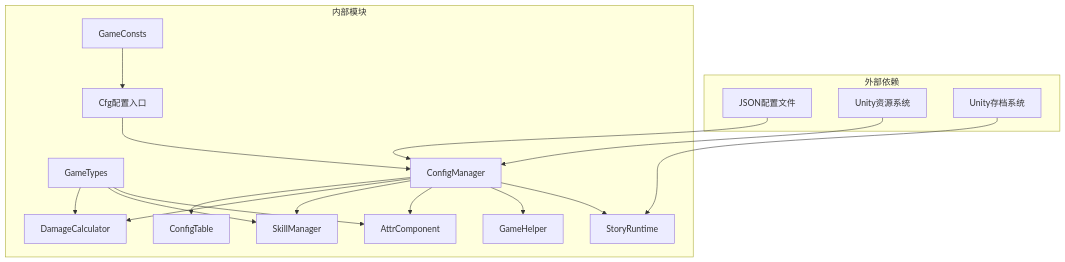
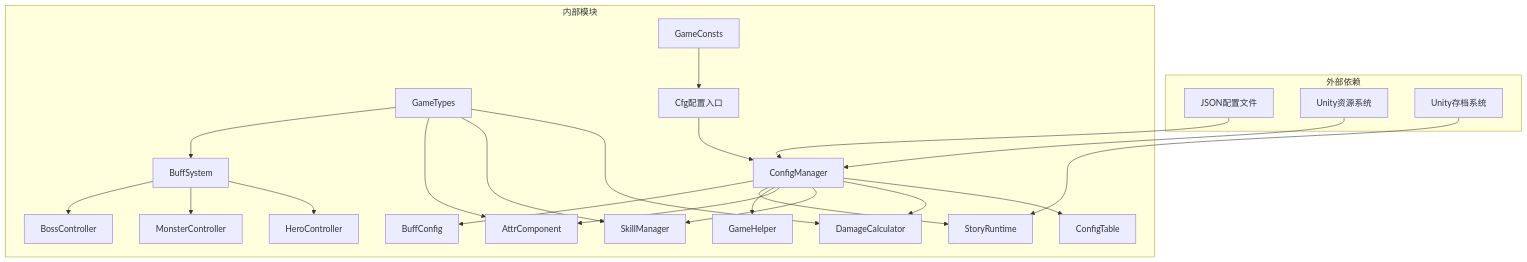
Diagram 14 of 14 in .qoder/repowiki/zh/content/核心架构/游戏常量与类型.md (Tuusen/p1_client), drawn with Mermaid before and after one commit. The commit also changed other lines of this file and 29 other files, not shown here.

````diff
--- a/.qoder/repowiki/zh/content/核心架构/游戏常量与类型.md
+++ b/.qoder/repowiki/zh/content/核心架构/游戏常量与类型.md
@@ -510,34 +593,44 @@
 ```mermaid
 graph TB
 subgraph "外部依赖"
 JSON[JSON配置文件]
 Resources[Unity资源系统]
 PlayerPrefs[Unity存档系统]
 end
 subgraph "内部模块"
 GC[GameConsts]
 GT[GameTypes]
 CFG[Cfg配置入口]
 CM[ConfigManager]
 CT[ConfigTable]
 DC[DamageCalculator]
 SM[SkillManager]
 AC[AttrComponent]
 GH[GameHelper]
 SR[StoryRuntime]
+BS[BuffSystem]
+HC[HeroController]
+MC[MonsterController]
+BOSS[BossController]
+BC[BuffConfig]
 end
 JSON --> CM
 Resources --> CM
 PlayerPrefs --> SR
 GC --> CFG
 GT --> DC
 GT --> SM
 GT --> AC
+GT --> BS
 CFG --> CM
 CM --> CT
 CM --> DC
 CM --> SM
 CM --> AC
 CM --> GH
 CM --> SR
+CM --> BC
+BS --> HC
+BS --> MC
+BS --> BOSS
 ```
````
